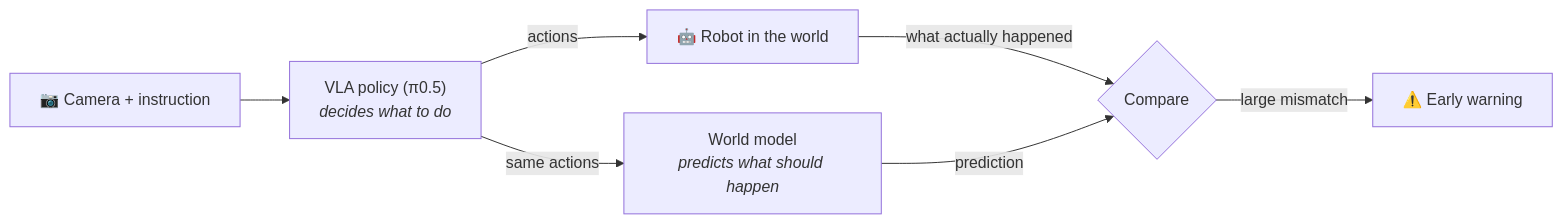
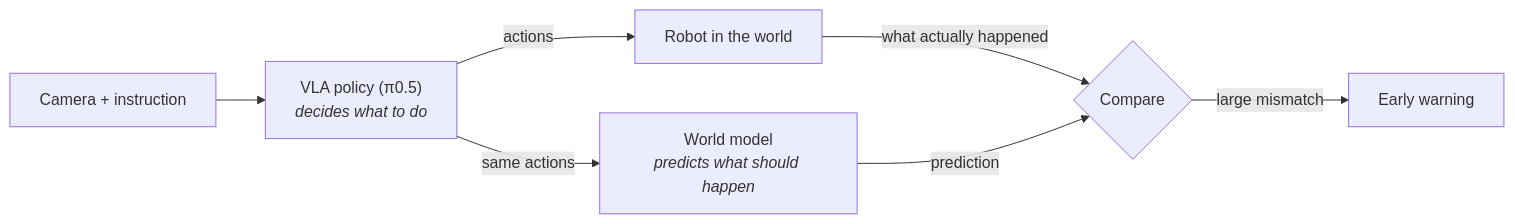
One commit to HamiltonXFly/vla-long-horizon changed the diagram in README.md. Above: the diagram before and after it, drawn with Mermaid. The commit also changed other lines of this file and 3 other files, not shown here.

Commit message:
Tighten README claims, fix citations and figure legend

````diff
--- a/README.md
+++ b/README.md
@@ -23,9 +23,9 @@
 ```mermaid
 flowchart LR
-    I["📷 Camera + instruction"] --> V["VLA policy (π0.5)<br/><i>decides what to do</i>"]
-    V -- actions --> R["🤖 Robot in the world"]
+    I["Camera + instruction"] --> V["VLA policy (π0.5)<br/><i>decides what to do</i>"]
+    V -- actions --> R["Robot in the world"]
     V -- same actions --> W["World model<br/><i>predicts what should happen</i>"]
     R -- "what actually happened" --> C{"Compare"}
     W -- "prediction" --> C
-    C -- "large mismatch" --> A["⚠️ Early warning"]
+    C -- "large mismatch" --> A["Early warning"]
 ```
````
